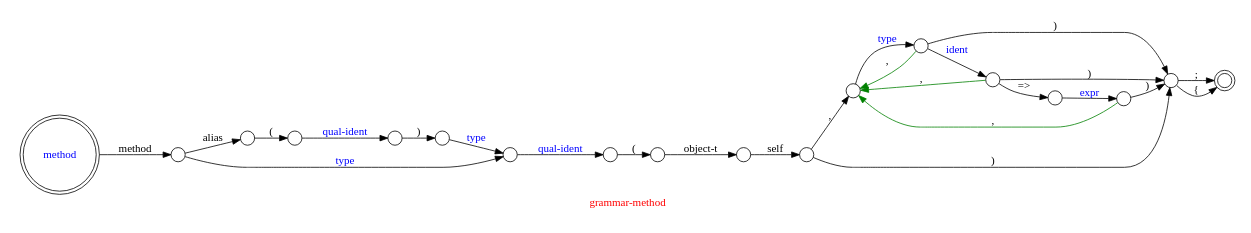
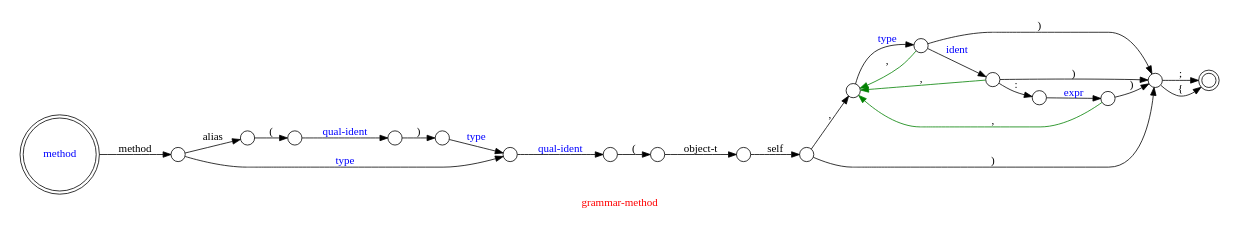
One commit to Ayyzee/dakota changed the diagram in doc/grammar-method.dot. Above: the diagram before and after it, drawn with Graphviz. The commit also changed 3 other files, not shown here.

```diff
--- a/doc/grammar-method.dot
+++ b/doc/grammar-method.dot
@@ -1,73 +1,73 @@
 // Copyright (C) 2007, 2008, 2009 Robert Nielsen <robert@dakota.org>
 //
 // Licensed under the Apache License, Version 2.0 (the "License");
 // you may not use this file except in compliance with the License.
 // You may obtain a copy of the License at
 //
 //      http://www.apache.org/licenses/LICENSE-2.0
 //
 // Unless required by applicable law or agreed to in writing, software
 // distributed under the License is distributed on an "AS IS" BASIS,
 // WITHOUT WARRANTIES OR CONDITIONS OF ANY KIND, either express or implied.
 // See the License for the specific language governing permissions and
 // limitations under the License.
 
 // method alias(fred) object-t foo(object-t self,
 //                                 int32-t  fa1);
 
 // method alias(va:fred) object-t va:foo(object-t  self,
 //                                       object-t  fa1,
 //                                       va-list-t args);
 
 // method object-t foo(object-t self,
 //                     int32-t  fa1, 
-//                     object-t ka1 => {},
-//                     int32-t  ka2 => {0});
+//                     object-t ka1 : {},
+//                     int32-t  ka2 : {0});
 
 // other method decorators: format-printf(), format-scanf(), format-va-printf(), format-va-scanf()
 
 digraph "grammar-method"
 {
   graph [ label = "\G", fontcolor = red ];
   graph [ rankdir = LR, center = true ];
   graph [ page = "8.5,11", size = "7.5,10" ];
 //   graph [ concentrate = true ];
   node [ shape = circle ];
 
   "method" [ shape = doublecircle, fontcolor = blue ];
 
   node [ label = "", width = 0.25 ];
 
   "999" [ shape = doublecircle ];
 
   "method" -> 000 [ label = "method" ];
   000 -> 010 [ label = "alias" ];
   010 -> 020 [ label = "(" ];
   020 -> 030 [ label = "qual-ident", fontcolor = blue ];
   030 -> 040 [ label = ")" ];
   040 -> 050 [ label = "type", fontcolor = blue ];
   000 -> 050 [ label = "type", fontcolor = blue ];
   050 -> 060 [ label = "qual-ident", fontcolor = blue ];
   060 -> 070 [ label = "(" ];
   070 -> 080 [ label = "object-t" ];
   080 -> 090 [ label = "self" ];
 
   090 -> 100 [ label = "," ];
   090 -> 150 [ label = ")" ];
   100 -> 110 [ label = "type", fontcolor = blue ];
   110 -> 120 [ label = "ident", fontcolor = blue ];
 
-  120 -> 130 [ label = "=>" ];
+  120 -> 130 [ label = ":" ];
   130 -> 140 [ label = "expr", fontcolor = blue ];
   140 -> 150 [ label = ")" ];
 
   150 -> 999 [ label = ";" ];
   150 -> 999 [ label = "{" ];
 
   100 -> 110 [ label = ",", dir = back, color = green ];
   100 -> 120 [ label = ",", dir = back, color = green ];
   100 -> 140 [ label = ",", dir = back, color = green ];
 
   110 -> 150 [ label = ")" ];
   120 -> 150 [ label = ")" ];
 }
```
